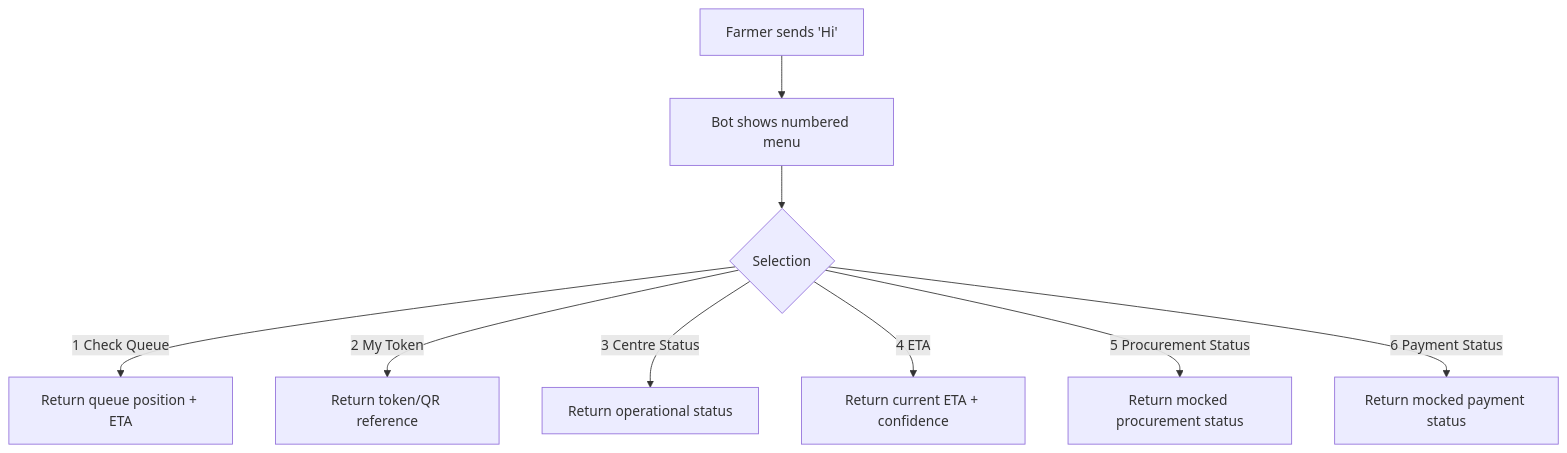
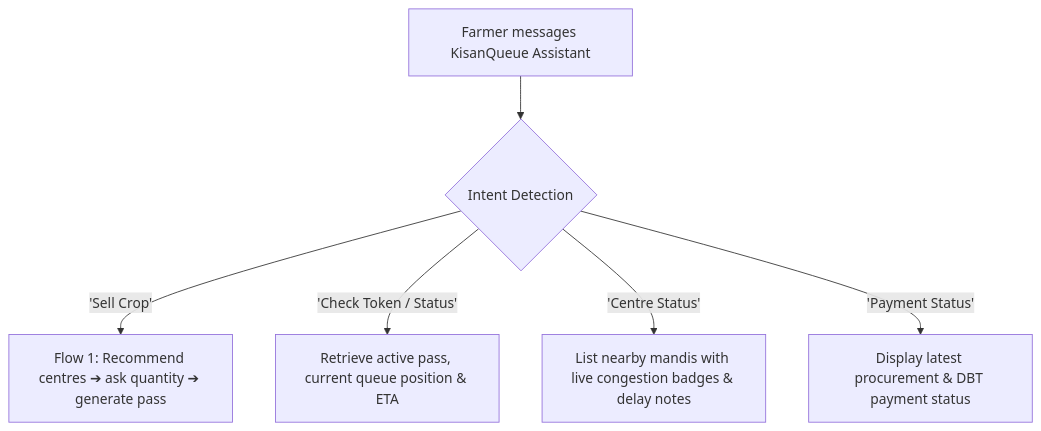
Before and after one commit to SnehalPrince/KisanQueue: the fifth of 6 diagrams in docs/04_USER_FLOWS.md, drawn with Mermaid. The commit also changed other lines of this file and 8 other files, not shown here.

First line of the commit message:
feat(docs): Update product flow with One-Time Onboarding & Persistent WhatsApp Assistant

````diff
--- a/docs/04_USER_FLOWS.md
+++ b/docs/04_USER_FLOWS.md
@@ -52,11 +73,8 @@
 ```mermaid
 flowchart TD
-    A["Farmer sends 'Hi'"] --> B[Bot shows numbered menu]
-    B --> C{Selection}
-    C -->|1 Check Queue| D[Return queue position + ETA]
-    C -->|2 My Token| E[Return token/QR reference]
-    C -->|3 Centre Status| F[Return operational status]
-    C -->|4 ETA| G[Return current ETA + confidence]
-    C -->|5 Procurement Status| H[Return mocked procurement status]
-    C -->|6 Payment Status| I[Return mocked payment status]
+    A[Farmer messages KisanQueue Assistant] --> B{Intent Detection}
+    B -->|'Sell Crop'| C[Flow 1: Recommend centres ➔ ask quantity ➔ generate pass]
+    B -->|'Check Token / Status'| D[Retrieve active pass, current queue position & ETA]
+    B -->|'Centre Status'| E[List nearby mandis with live congestion badges & delay notes]
+    B -->|'Payment Status'| F[Display latest procurement & DBT payment status]
 ```
````
